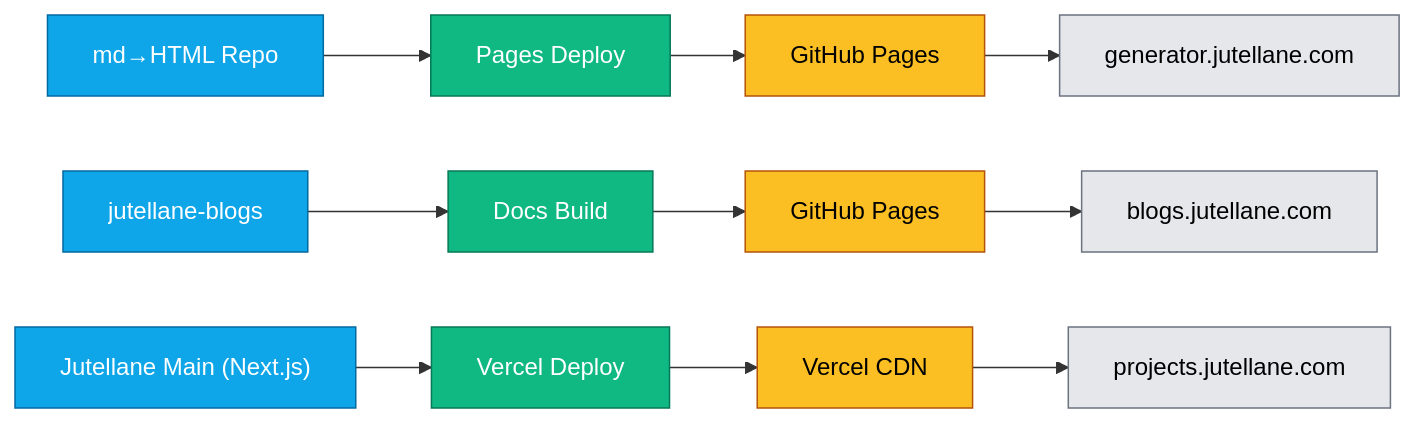
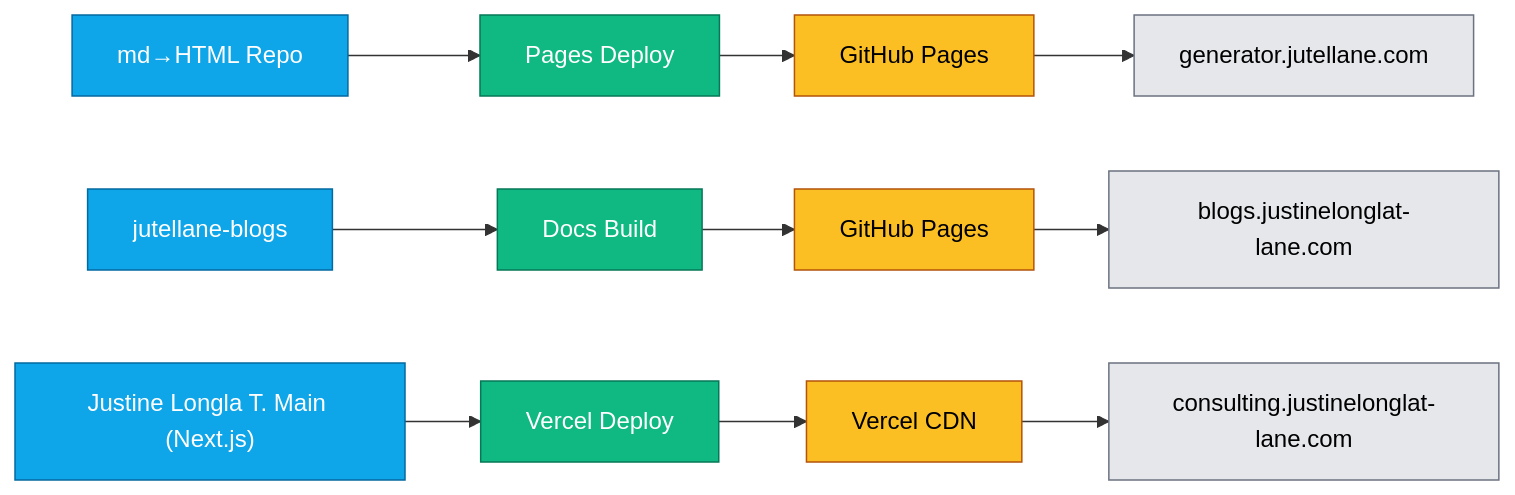
Before and after one commit to justine6/JustineLonglaT-Lane: the diagram in README.md, drawn with Mermaid. The commit also changed other lines of this file and 165 other files, not shown here.

Commit message:
Brand polish: rename site title to 'JustineLonglaT Consulting' for unified executive identity

````diff
--- a/README.md
+++ b/README.md
@@ -68,11 +68,11 @@
 ```mermaid
 flowchart LR
   classDef repo fill:#0ea5e9,stroke:#0369a1,color:#fff;
   classDef actions fill:#10b981,stroke:#047857,color:#fff;
   classDef host fill:#fbbf24,stroke:#b45309,color:#000;
   classDef dns fill:#e5e7eb,stroke:#6b7280,color:#000;
 
   A1["md→HTML Repo"]:::repo --> B1["Pages Deploy"]:::actions --> C1["GitHub Pages"]:::host --> D1["generator.jutellane.com"]:::dns
-  A2["jutellane-blogs"]:::repo --> B2["Docs Build"]:::actions --> C2["GitHub Pages"]:::host --> D2["blogs.jutellane.com"]:::dns
-  A3["Jutellane Main (Next.js)"]:::repo --> B3["Vercel Deploy"]:::actions --> C3["Vercel CDN"]:::host --> D3["projects.jutellane.com"]:::dns
+  A2["jutellane-blogs"]:::repo --> B2["Docs Build"]:::actions --> C2["GitHub Pages"]:::host --> D2["blogs.justinelonglat-lane.com"]:::dns
+  A3["Justine Longla T. Main (Next.js)"]:::repo --> B3["Vercel Deploy"]:::actions --> C3["Vercel CDN"]:::host --> D3["consulting.justinelonglat-lane.com"]:::dns
 ```
````
